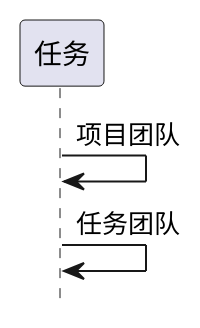
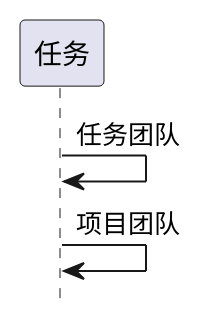
Before and after one commit to goblinln/iBizPMS: the eighth of 16 diagrams in ibizpms-docs/src/main/doc/v1/module/zentao/Task_old.md, drawn with PlantUML. The commit also changed other lines of this file and 563 other files, not shown here.

```diff
--- a/ibizpms-docs/src/main/doc/v1/module/zentao/Task_old.md
+++ b/ibizpms-docs/src/main/doc/v1/module/zentao/Task_old.md
@@ -441,6 +438,6 @@
 {% plantuml %}
 hide footbox
 
+任务 -> 任务: 任务团队
 任务 -> 任务: 项目团队
-任务 -> 任务: 任务团队
 {% endplantuml %}
```
